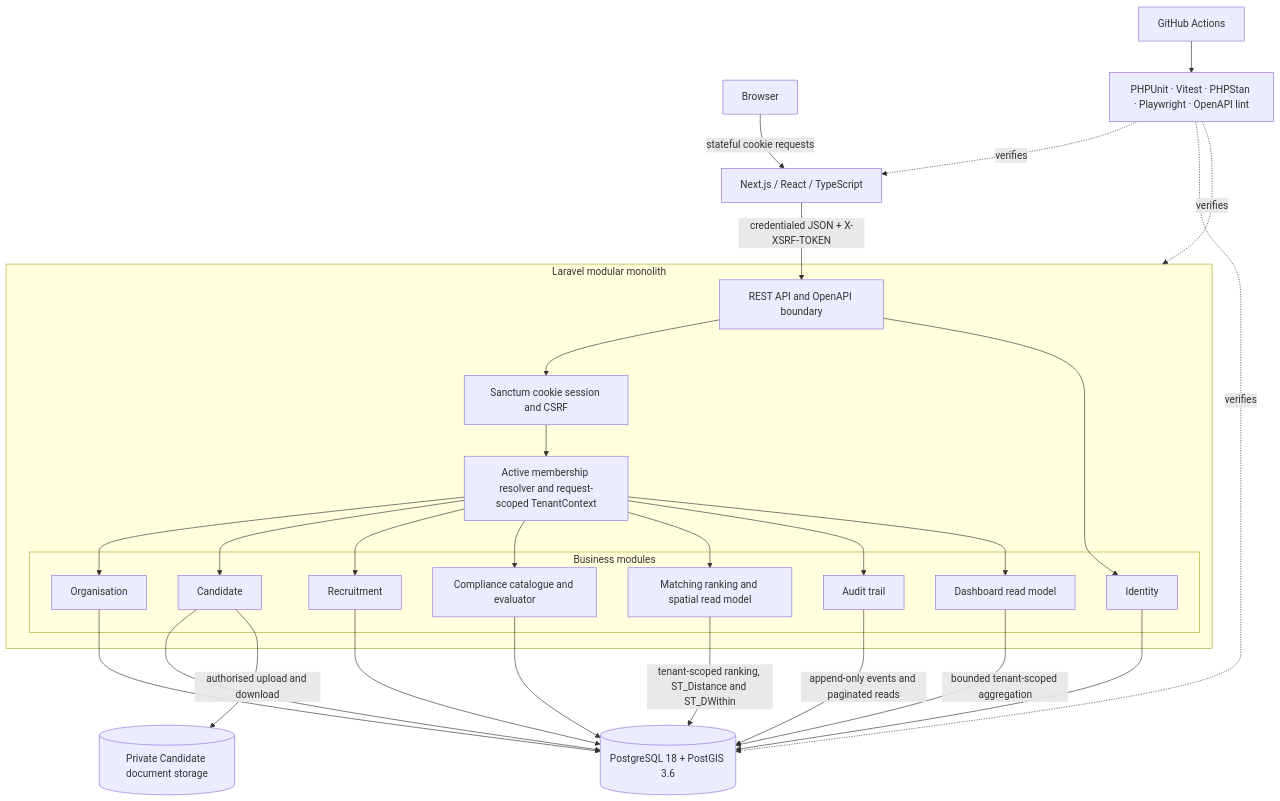
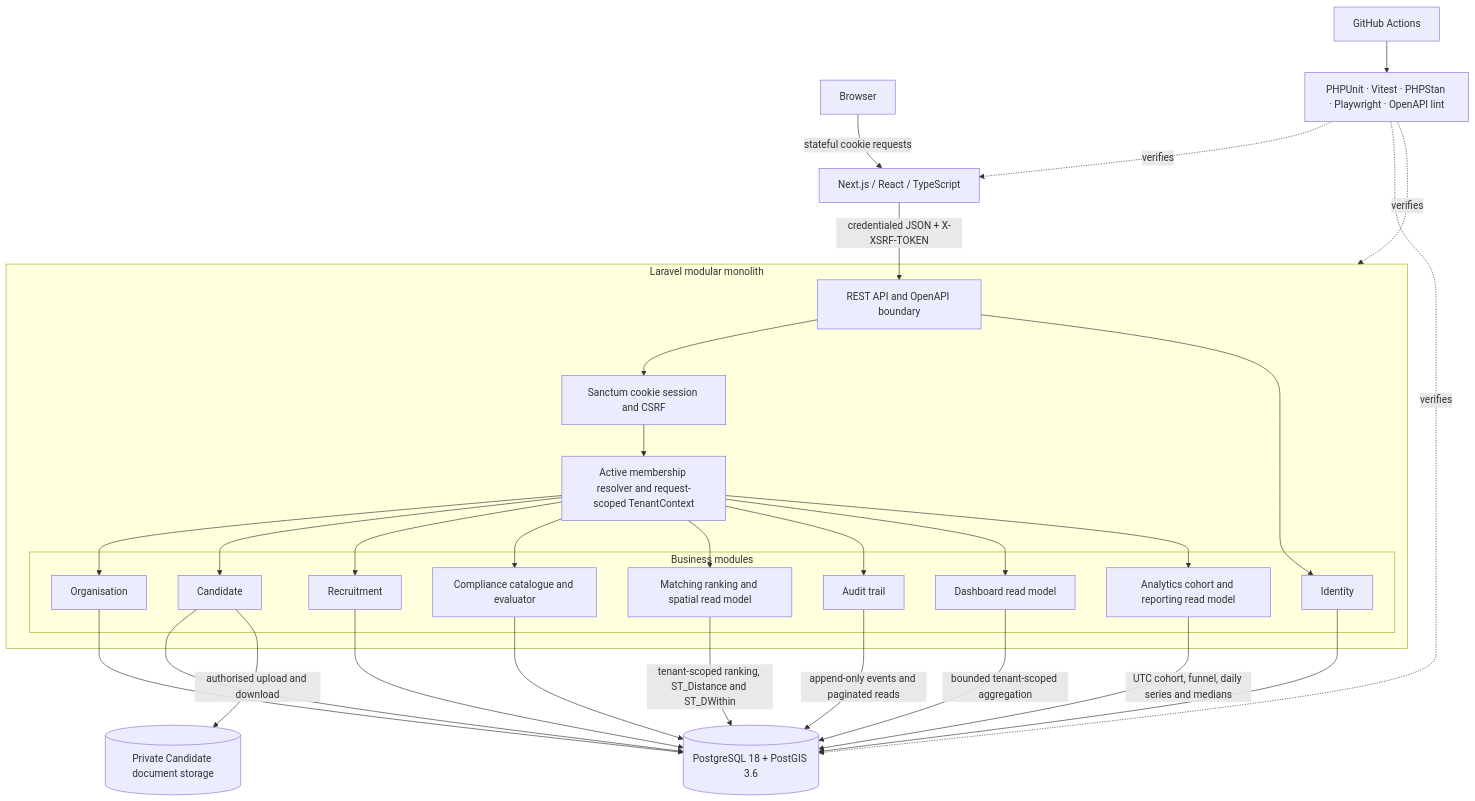
Before and after one commit to Toyody/carematch: the diagram in docs/diagrams/architecture.md, drawn with Mermaid. The commit also changed other lines of this file and 29 other files, not shown here.

````diff
--- a/docs/diagrams/architecture.md
+++ b/docs/diagrams/architecture.md
@@ -6,55 +6,58 @@
 ```mermaid
 flowchart TB
     browser[Browser]
     frontend[Next.js / React / TypeScript]
 
     subgraph backend[Laravel modular monolith]
         http[REST API and OpenAPI boundary]
         auth[Sanctum cookie session and CSRF]
         tenant[Active membership resolver and request-scoped TenantContext]
 
         subgraph modules[Business modules]
             identity[Identity]
             organisation[Organisation]
             candidate[Candidate]
             recruitment[Recruitment]
             compliance[Compliance catalogue and evaluator]
             matching[Matching ranking and spatial read model]
             audit[Audit trail]
             dashboard[Dashboard read model]
+            analytics[Analytics cohort and reporting read model]
         end
     end
 
     postgres[(PostgreSQL 18 + PostGIS 3.6)]
     privateStorage[(Private Candidate document storage)]
     ci[GitHub Actions]
     quality[PHPUnit · Vitest · PHPStan · Playwright · OpenAPI lint]
 
     browser -->|stateful cookie requests| frontend
     frontend -->|credentialed JSON + X-XSRF-TOKEN| http
     http --> auth
     auth --> tenant
     tenant --> organisation
     http --> identity
     tenant --> candidate
     tenant --> recruitment
     tenant --> compliance
     tenant --> matching
     tenant --> audit
     tenant --> dashboard
+    tenant --> analytics
 
     identity --> postgres
     organisation --> postgres
     candidate --> postgres
     recruitment --> postgres
     compliance --> postgres
     matching -->|tenant-scoped ranking, ST_Distance and ST_DWithin| postgres
     audit -->|append-only events and paginated reads| postgres
     dashboard -->|bounded tenant-scoped aggregation| postgres
+    analytics -->|UTC cohort, funnel, daily series and medians| postgres
     candidate -->|authorised upload and download| privateStorage
 
     ci --> quality
     quality -. verifies .-> frontend
     quality -. verifies .-> backend
     quality -. verifies .-> postgres
 ```
````
